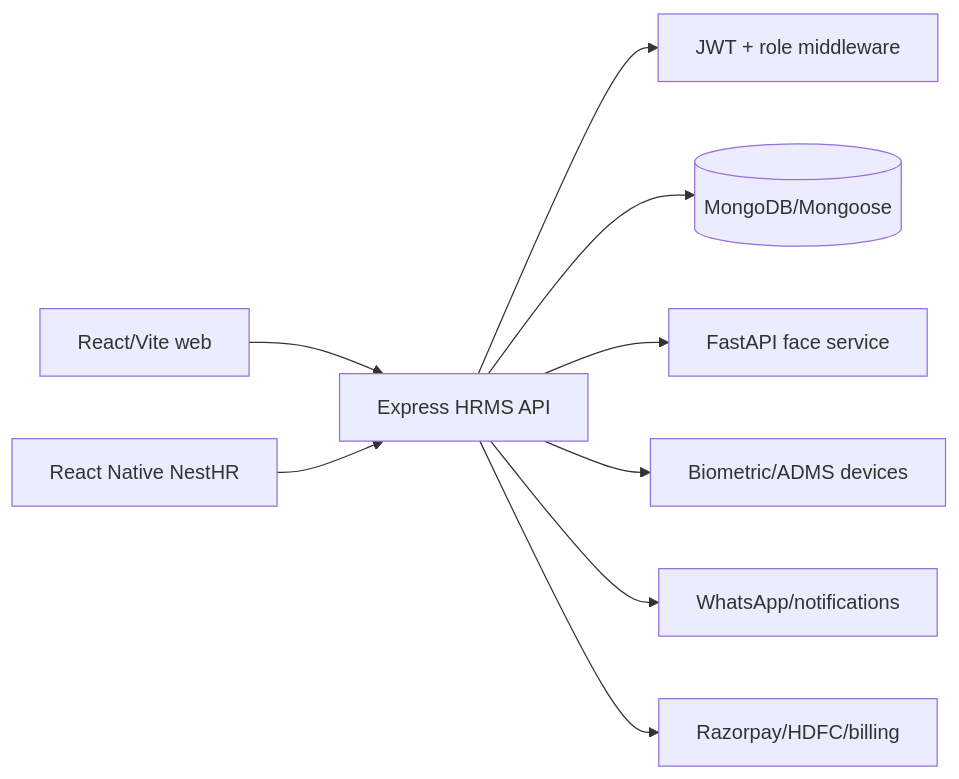
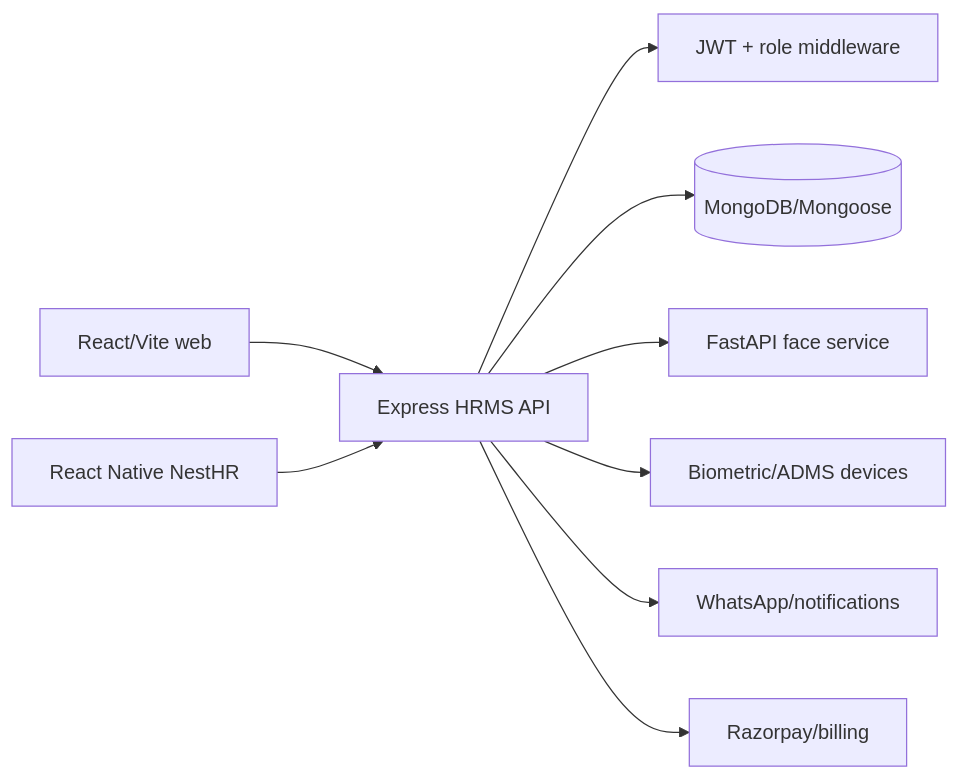
The first of 2 diagrams in docs/architecture.md (labyeye/hrms-pixelate), drawn with Mermaid before and after one commit. The commit also changed 76 other files, not shown here.

````diff
--- a/docs/architecture.md
+++ b/docs/architecture.md
@@ -7,11 +7,11 @@
 ```mermaid
 flowchart LR
   Web[React/Vite web] --> API[Express HRMS API]
   Mobile[React Native NestHR] --> API
   API --> Auth[JWT + role middleware]
   API --> DB[(MongoDB/Mongoose)]
   API --> Face[FastAPI face service]
   API --> Devices[Biometric/ADMS devices]
   API --> WA[WhatsApp/notifications]
-  API --> Pay[Razorpay/HDFC/billing]
+  API --> Pay[Razorpay/billing]
 ```
````
